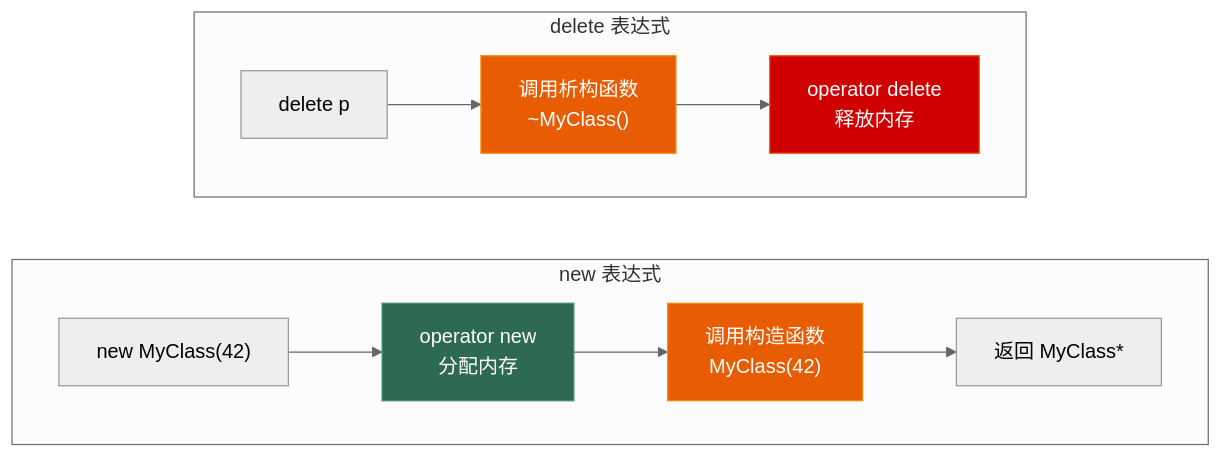
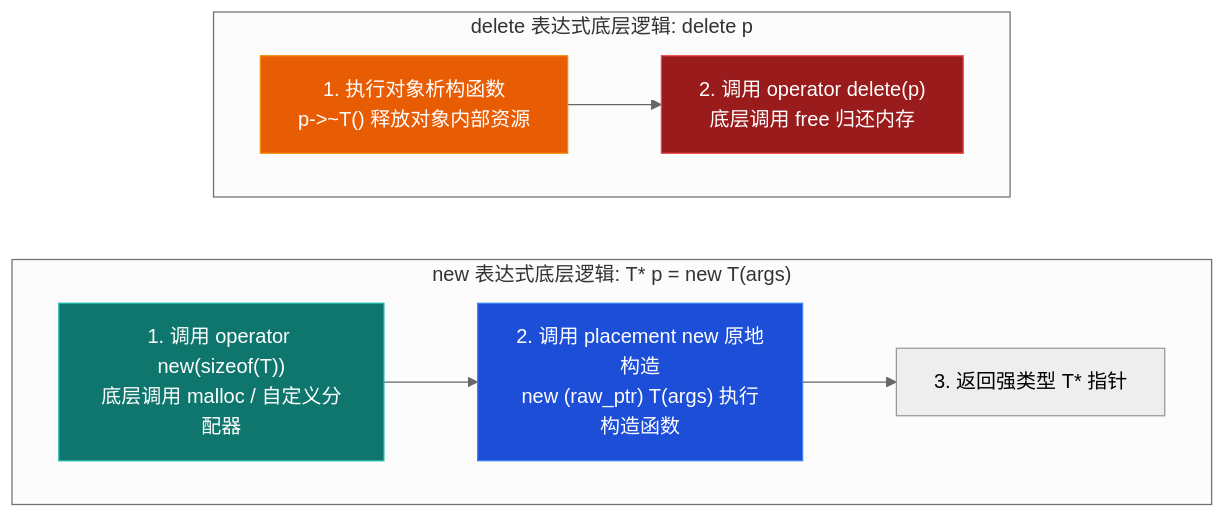
One commit to Lumivers/firefly changed the first of 2 diagrams in src/content/posts/cpp_deep_dive/01_memory_model.md. Above: the diagram before and after it, drawn with Mermaid (neutral theme). The commit also changed other lines of this file and 18 other files, not shown here.

````diff
--- a/src/content/posts/cpp_deep_dive/01_memory_model.md
+++ b/src/content/posts/cpp_deep_dive/01_memory_model.md
@@ -431,20 +98,18 @@
 ```mermaid
 graph LR
-    subgraph "new 表达式"
+    subgraph "new 表达式底层逻辑: T* p = new T(args)"
         direction LR
-        A["new MyClass(42)"] --> B["operator new\n分配内存"]
-        B --> C["调用构造函数\nMyClass(42)"]
-        C --> D["返回 MyClass*"]
+        A1["1. 调用 operator new(sizeof(T))\n底层调用 malloc / 自定义分配器"] --> A2["2. 调用 placement new 原地构造\nnew (raw_ptr) T(args) 执行构造函数"]
+        A2 --> A3["3. 返回强类型 T* 指针"]
     end
 
-    subgraph "delete 表达式"
+    subgraph "delete 表达式底层逻辑: delete p"
         direction LR
-        E["delete p"] --> F["调用析构函数\n~MyClass()"]
-        F --> G["operator delete\n释放内存"]
+        B1["1. 执行对象析构函数\np->~T() 释放对象内部资源"] --> B2["2. 调用 operator delete(p)\n底层调用 free 归还内存"]
     end
 
-    style B fill:#2d6a4f,stroke:#40916c,color:white
-    style C fill:#e85d04,stroke:#f48c06,color:white
-    style F fill:#e85d04,stroke:#f48c06,color:white
-    style G fill:#d00000,stroke:#e85d04,color:white
+    style A1 fill:#0f766e,stroke:#14b8a6,color:white
+    style A2 fill:#1d4ed8,stroke:#3b82f6,color:white
+    style B1 fill:#e85d04,stroke:#f48c06,color:white
+    style B2 fill:#991b1b,stroke:#ef4444,color:white
 ```
````
